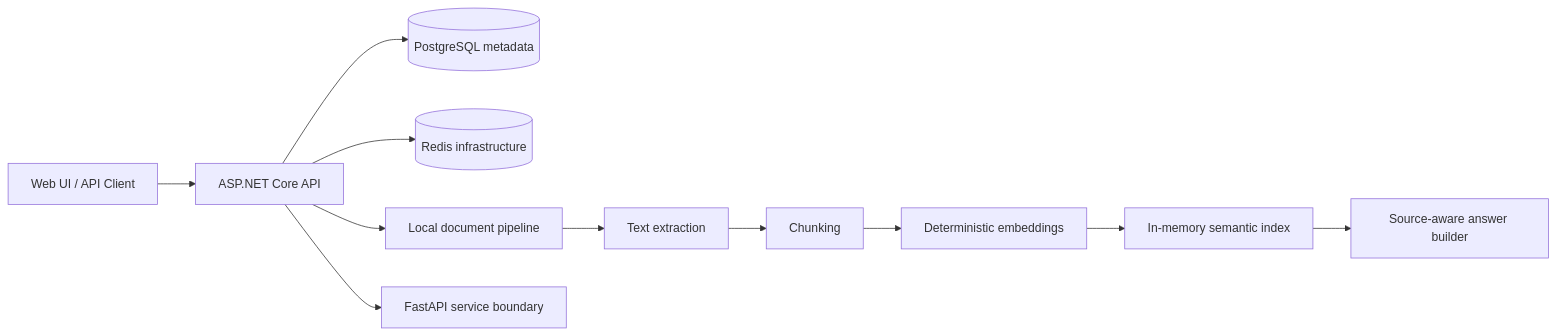
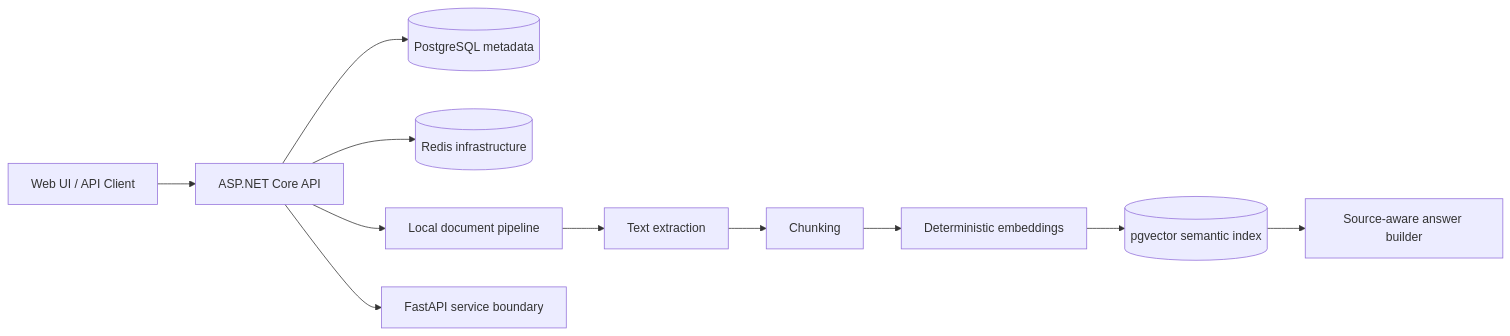
One commit to mahdiaghtaee/enterprise-ai-document-assistant changed the diagram in README.md. Above: the diagram before and after it, drawn with Mermaid. The commit also changed other lines of this file and 12 other files, not shown here.

First line of the commit message:
Add persistent PostgreSQL semantic index provider (#61)

````diff
--- a/README.md
+++ b/README.md
@@ -79,13 +81,13 @@
 ```mermaid
 flowchart LR
     U[Web UI / API Client] --> A[ASP.NET Core API]
     A --> P[(PostgreSQL metadata)]
     A --> R[(Redis infrastructure)]
     A --> L[Local document pipeline]
     L --> X[Text extraction]
     X --> C[Chunking]
     C --> E[Deterministic embeddings]
-    E --> S[In-memory semantic index]
-    S --> Q[Source-aware answer builder]
+    E --> V[(pgvector semantic index)]
+    V --> Q[Source-aware answer builder]
     A --> F[FastAPI service boundary]
 ```
````
